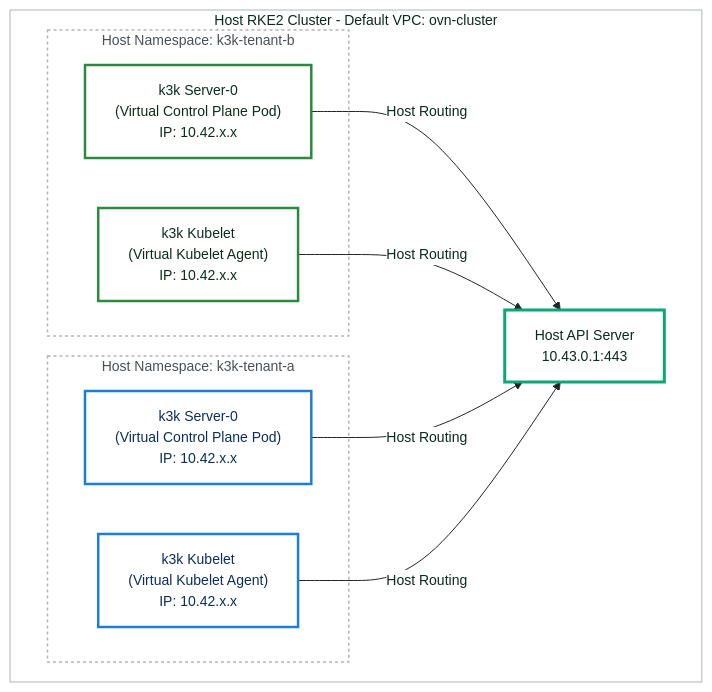
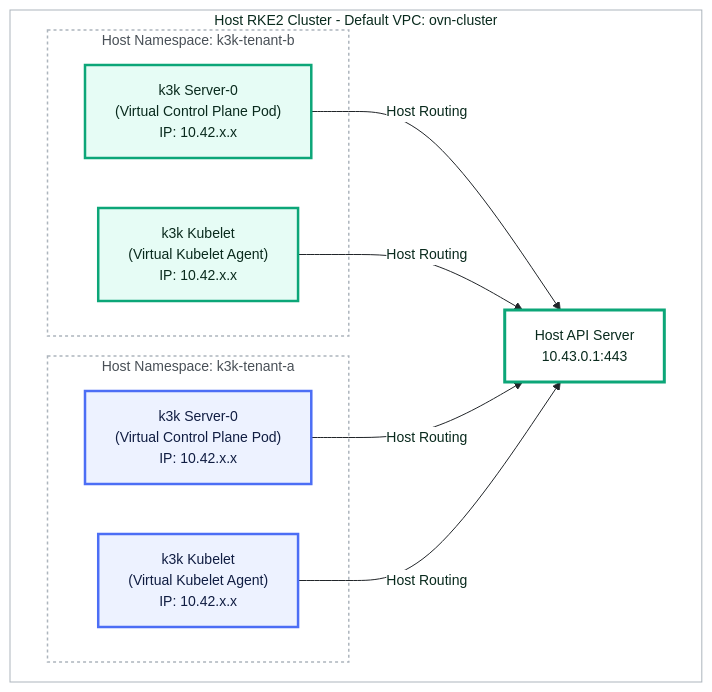
One commit to coulof/k3k-kube-ovn changed the first of 3 diagrams in docs/vpc-peering-networkpolicy-demo.md. Above: the diagram before and after it, drawn with Mermaid. The commit also changed other lines of this file, not shown here.

Commit message:
docs(peering): align tenant card colorschemes across diagrams with premium egress scheme

````diff
--- a/docs/vpc-peering-networkpolicy-demo.md
+++ b/docs/vpc-peering-networkpolicy-demo.md
@@ -26,49 +26,49 @@
 ```mermaid
 %%{init: {
   'theme': 'base',
   'themeVariables': {
     'fontFamily': 'SUSE, sans-serif',
     'fontSize': '14px',
     'primaryColor': '#0ca678',
     'primaryTextColor': '#092a1d',
     'primaryBorderColor': '#0ca678',
     'lineColor': '#212529',
     'secondaryColor': '#1c7ed6',
     'tertiaryColor': '#e6fcf5',
     'mainBkg': '#ffffff',
     'nodeBorder': '#212529',
     'clusterBkg': '#ffffff',
     'clusterBorder': '#adb5bd',
     'titleColor': '#092a1d',
     'edgeLabelBackground':'#ffffff'
   }
 } }%%
 graph TD
     classDef default fill:#ffffff,stroke:#212529,stroke-width:1px,color:#212529;
     classDef apiServer fill:#ffffff,stroke:#0ca678,stroke-width:3px,color:#092a1d;
-    classDef tenantA fill:#ffffff,stroke:#1c7ed6,stroke-width:2.5px,color:#0b2e5c;
-    classDef tenantB fill:#ffffff,stroke:#2b8a3e,stroke-width:2.5px,color:#0b2e1b;
+    classDef tenantA fill:#edf2ff,stroke:#4c6ef5,stroke-width:2.5px,color:#101d42;
+    classDef tenantB fill:#e6fcf5,stroke:#0ca678,stroke-width:2.5px,color:#092a1d;
     classDef ns fill:#ffffff,stroke:#adb5bd,stroke-width:1.5px,stroke-dasharray: 3 3,color:#495057;
 
     subgraph Host RKE2 Cluster [Host RKE2 Cluster - Default VPC: ovn-cluster]
         api["Host API Server<br/>10.43.0.1:443"]:::apiServer
         
         subgraph NSA ["Host Namespace: k3k-tenant-a"]
             ctrl-a["k3k Server-0<br/>(Virtual Control Plane Pod)<br/>IP: 10.42.x.x"]:::tenantA
             kl-a["k3k Kubelet<br/>(Virtual Kubelet Agent)<br/>IP: 10.42.x.x"]:::tenantA
         end
 
         subgraph NSB ["Host Namespace: k3k-tenant-b"]
             ctrl-b["k3k Server-0<br/>(Virtual Control Plane Pod)<br/>IP: 10.42.x.x"]:::tenantB
             kl-b["k3k Kubelet<br/>(Virtual Kubelet Agent)<br/>IP: 10.42.x.x"]:::tenantB
         end
     end
 
     %% API Communications (Control Plane Path)
     ctrl-a -->|Host Routing| api
     ctrl-b -->|Host Routing| api
     kl-a -->|Host Routing| api
     kl-b -->|Host Routing| api
 
     class NSA,NSB ns;
 ```
````
